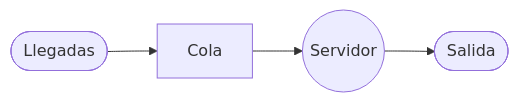
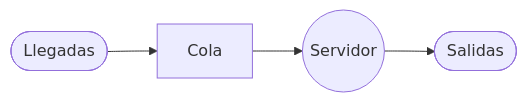
Before and after one commit to Ruelas2022ETNumsa/University_vault_2026: the third of 3 diagrams in practica 3 806.md, drawn with Mermaid. The commit also changed other lines of this file and 1 other file, not shown here.

````diff
--- a/practica 3 806.md
+++ b/practica 3 806.md
@@ -661,6 +615,4 @@
 ```mermaid
 flowchart LR
-    L([Llegadas]) --> Q[Cola]
-    Q --> S((Servidor))
-    S --> O([Salida])
+L([Llegadas]) --> Q[Cola] --> S((Servidor)) --> O([Salidas])
 ```
````
